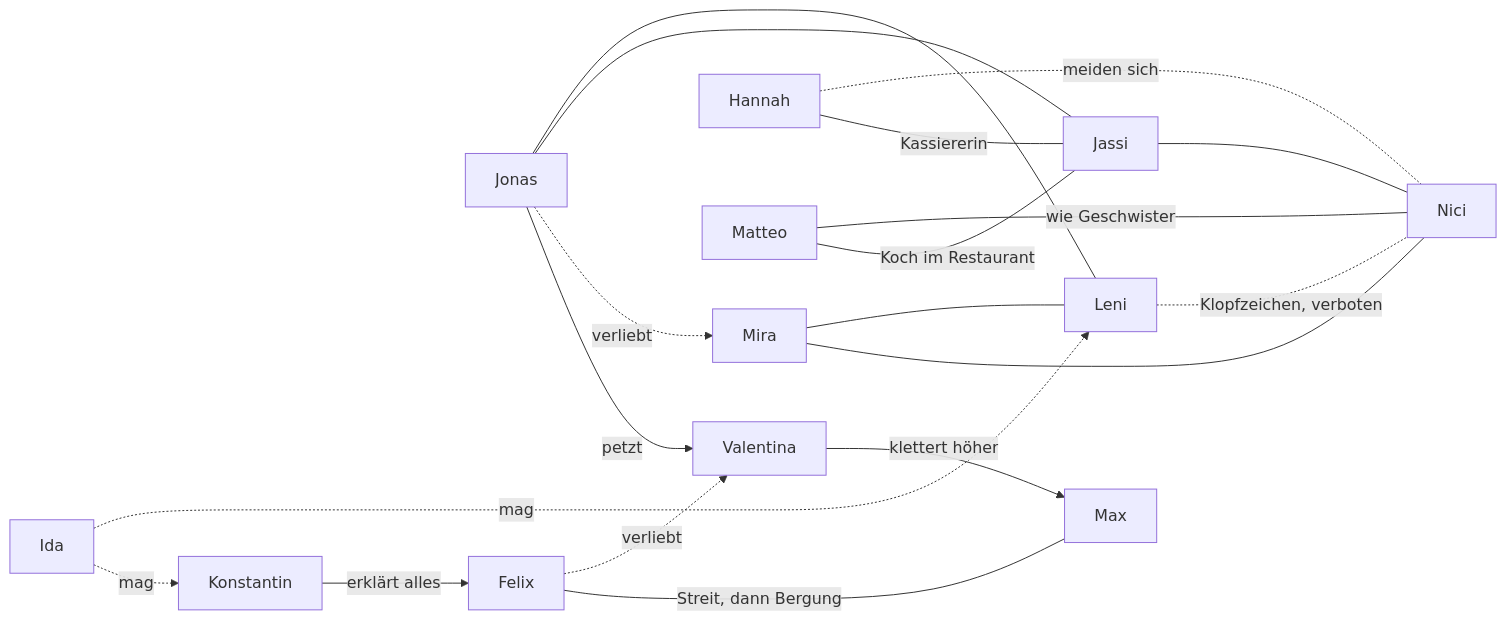
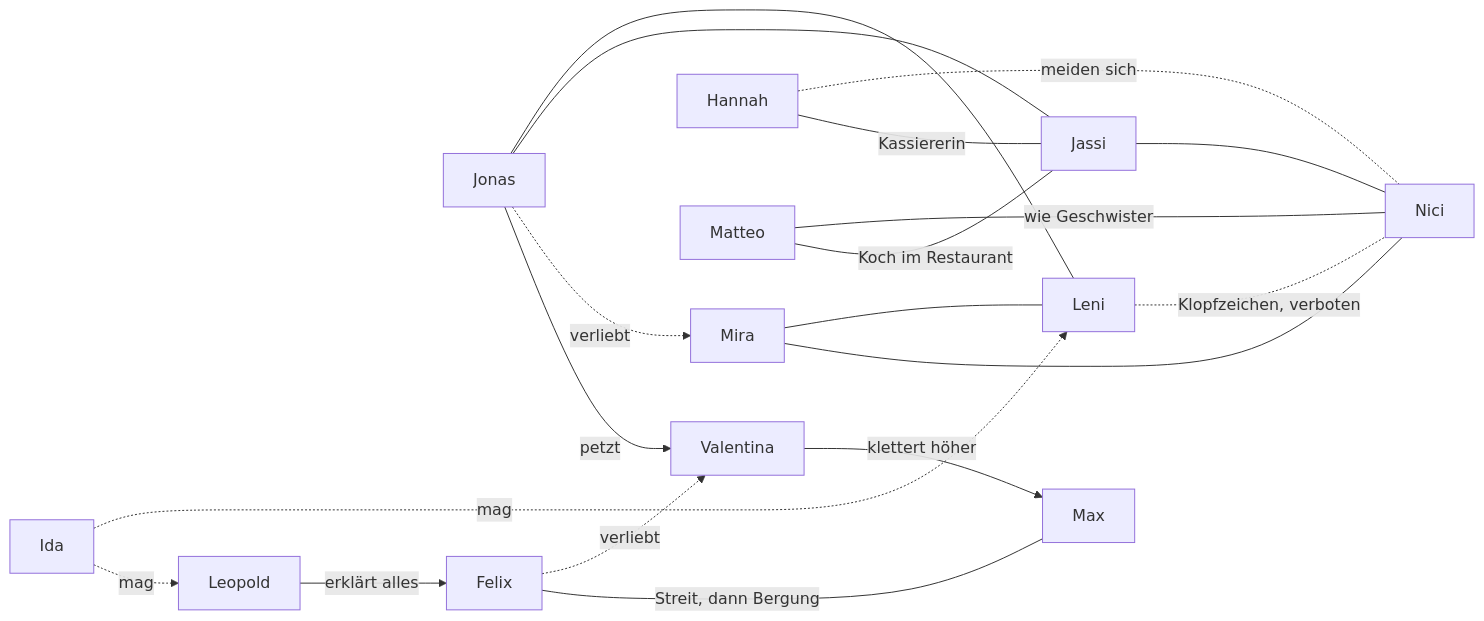
Before and after one commit to DanielJMoser/ObsidianVault: the sixth of 7 diagrams in IT/Lo im Kindergarten/Dossiers/Beziehungsnetz.md, drawn with Mermaid. The commit also changed other lines of this file and 14 other files, not shown here.

````diff
--- a/IT/Lo im Kindergarten/Dossiers/Beziehungsnetz.md
+++ b/IT/Lo im Kindergarten/Dossiers/Beziehungsnetz.md
@@ -133,22 +133,22 @@
 ```mermaid
 flowchart LR
   Mira --- Leni
   Mira --- Nici
   Jonas --- Leni
   Jonas --- Jassi
   Jassi --- Nici
   Jonas -. verliebt .-> Mira
   Felix -. verliebt .-> Valentina
   Leni -. Klopfzeichen, verboten .- Nici
   Hannah -. meiden sich .- Nici
   Matteo ---|wie Geschwister| Nici
   Matteo ---|Koch im Restaurant| Jassi
   Hannah ---|Kassiererin| Jassi
   Ida -. mag .-> Leni
-  Ida -. mag .-> Konstantin
+  Ida -. mag .-> Leopold
   Felix ---|Streit, dann Bergung| Max
   Valentina -->|klettert höher| Max
   Jonas -->|petzt| Valentina
-  Konstantin -->|erklärt alles| Felix
-  class Mira,Leni,Nici,Jonas,Jassi,Felix,Valentina,Hannah,Matteo,Ida,Max,Konstantin internal-link;
+  Leopold -->|erklärt alles| Felix
+  class Mira,Leni,Nici,Jonas,Jassi,Felix,Valentina,Hannah,Matteo,Ida,Max,Leopold internal-link;
 ```
````
